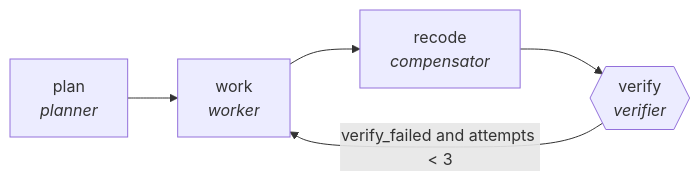
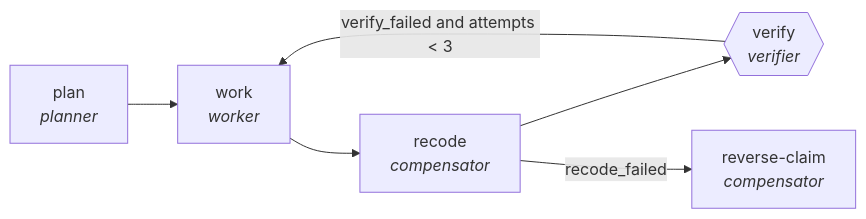
The diagram in docs/traces/medical-coding-audit.md (ypollak2/agenticgraphs), drawn with Mermaid before and after one commit. The commit also changed 57 other files, not shown here.

````diff
--- a/docs/traces/medical-coding-audit.md
+++ b/docs/traces/medical-coding-audit.md
@@ -10,11 +10,13 @@
 ```mermaid
 flowchart LR
     N0["plan<br/><i>planner</i>"]
     N1["work<br/><i>worker</i>"]
     N2["recode<br/><i>compensator</i>"]
     N3{{"verify<br/><i>verifier</i>"}}
+    N4["reverse-claim<br/><i>compensator</i>"]
     N0 --> N1
     N1 --> N2
     N2 --> N3
     N3 -->|verify_failed and attempts < 3| N1
+    N2 -->|recode_failed| N4
 ```
````
